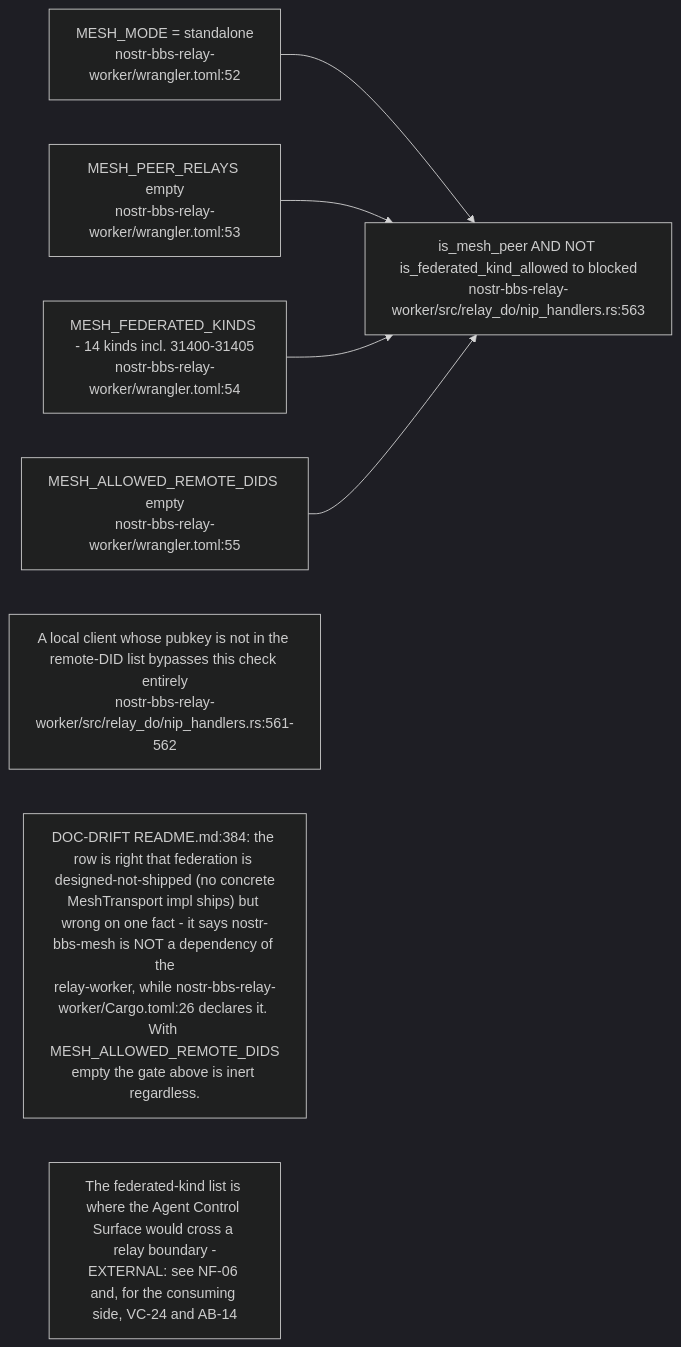
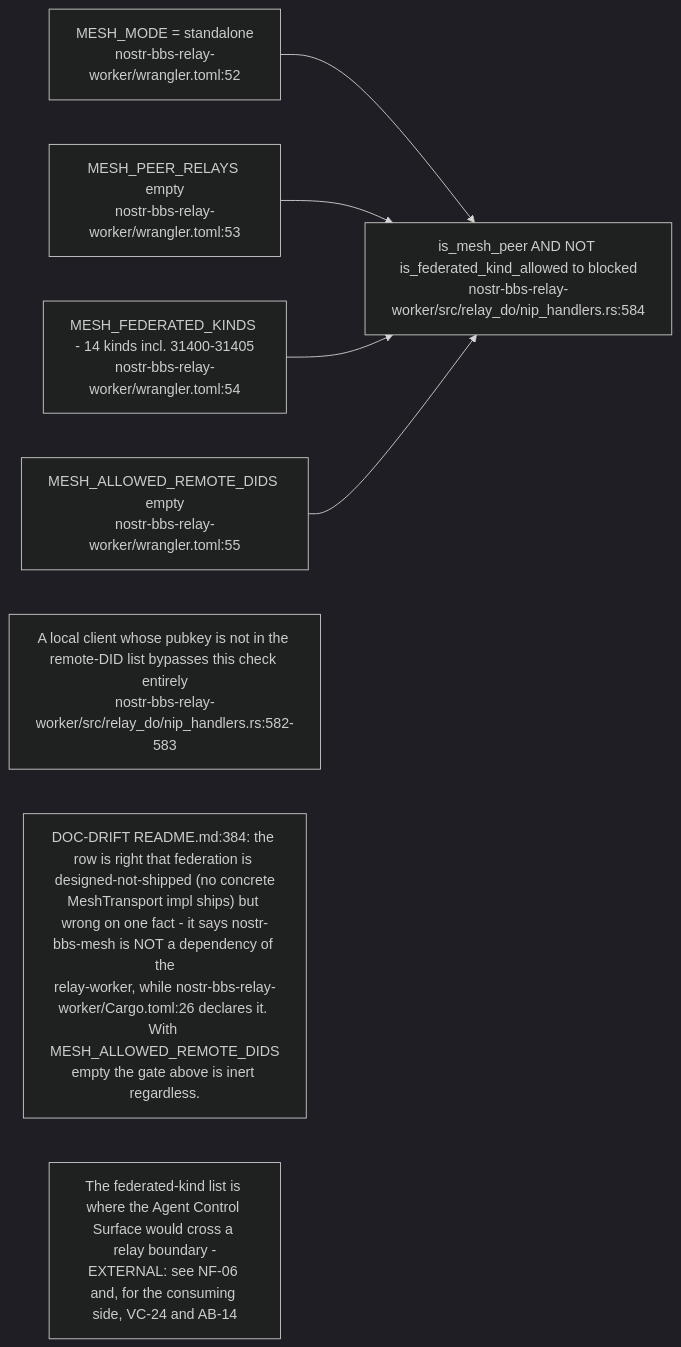
One commit to DreamLab-AI/VisionFlow changed diagram 13 of 13 in docs/diagrams/nostr-rust-forum/03-relay-worker-admission-auth-and-trust.md. Above: the diagram before and after it, drawn with Mermaid (dark theme). The commit also changed other lines of this file and 51 other files, not shown here.

First line of the commit message:
docs(diagrams): agentbox AB-01..13 re-attested anchor by anchor (980 anchors, 22 defects); checkpoint against an out-of-mesh writer

````diff
--- a/docs/diagrams/nostr-rust-forum/03-relay-worker-admission-auth-and-trust.md
+++ b/docs/diagrams/nostr-rust-forum/03-relay-worker-admission-auth-and-trust.md
@@ -336,14 +336,14 @@
 ```mermaid
 flowchart LR
     MODE["MESH_MODE = standalone<br/>nostr-bbs-relay-worker/wrangler.toml:52"]
     PEERS["MESH_PEER_RELAYS empty<br/>nostr-bbs-relay-worker/wrangler.toml:53"]
     KINDS["MESH_FEDERATED_KINDS - 14 kinds incl. 31400-31405<br/>nostr-bbs-relay-worker/wrangler.toml:54"]
     DIDS["MESH_ALLOWED_REMOTE_DIDS empty<br/>nostr-bbs-relay-worker/wrangler.toml:55"]
-    GATE["is_mesh_peer AND NOT is_federated_kind_allowed to blocked<br/>nostr-bbs-relay-worker/src/relay_do/nip_handlers.rs:563"]
+    GATE["is_mesh_peer AND NOT is_federated_kind_allowed to blocked<br/>nostr-bbs-relay-worker/src/relay_do/nip_handlers.rs:584"]
 
     MODE & PEERS & KINDS & DIDS --> GATE
 
-    N1["A local client whose pubkey is not in the remote-DID list bypasses this check entirely<br/>nostr-bbs-relay-worker/src/relay_do/nip_handlers.rs:561-562"]
+    N1["A local client whose pubkey is not in the remote-DID list bypasses this check entirely<br/>nostr-bbs-relay-worker/src/relay_do/nip_handlers.rs:582-583"]
     N2["DOC-DRIFT README.md:384: the row is right that federation is designed-not-shipped (no concrete<br/>MeshTransport impl ships) but wrong on one fact - it says nostr-bbs-mesh is NOT a dependency of the<br/>relay-worker, while nostr-bbs-relay-worker/Cargo.toml:26 declares it. With MESH_ALLOWED_REMOTE_DIDS<br/>empty the gate above is inert regardless."]
     N3["The federated-kind list is where the Agent Control Surface would cross a relay boundary -<br/>EXTERNAL: see NF-06 and, for the consuming side, VC-24 and AB-14"]
 ```
````
